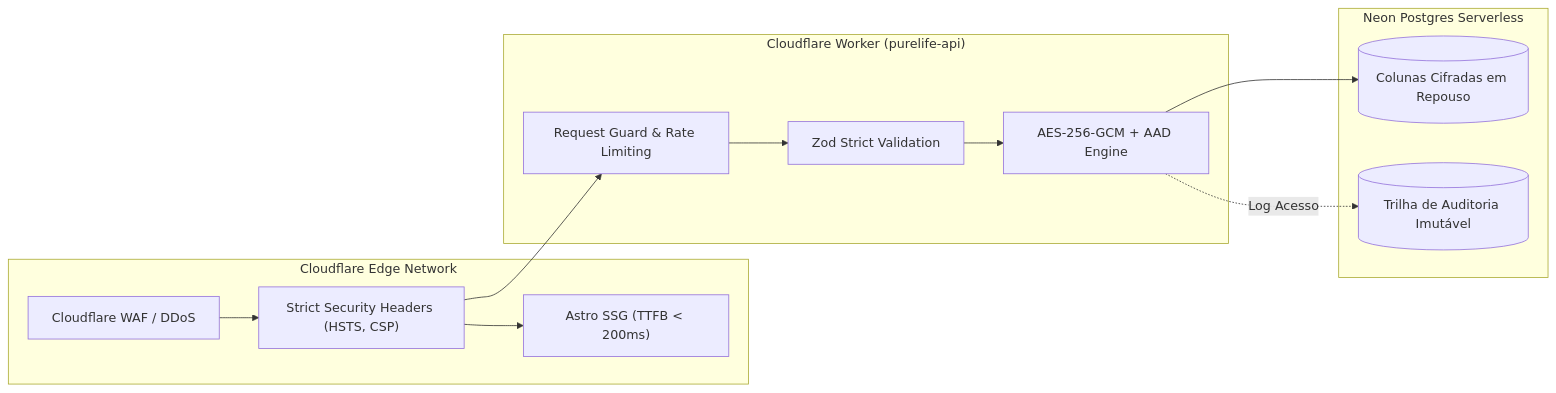
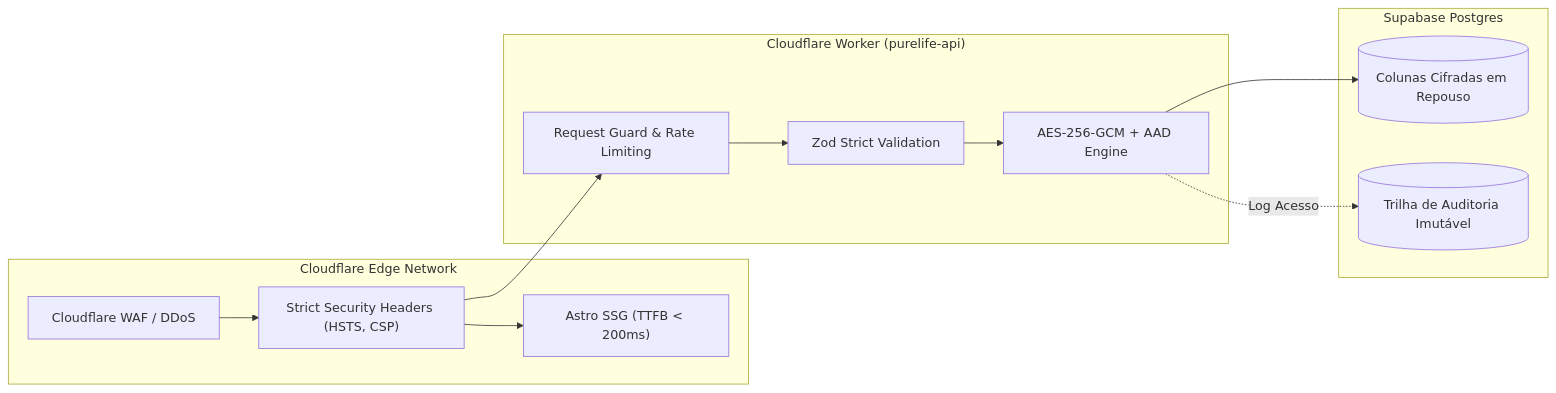
The second of 3 diagrams in docs/requirements/especificacao-requisitos-ecossistema.md (purelifeministriesbrasil/documentation), drawn with Mermaid before and after one commit. The commit also changed other lines of this file and 5 other files, not shown here.

````diff
--- a/docs/requirements/especificacao-requisitos-ecossistema.md
+++ b/docs/requirements/especificacao-requisitos-ecossistema.md
@@ -204,23 +201,23 @@
 ```mermaid
 flowchart LR
     subgraph Borda["Cloudflare Edge Network"]
         WAF["Cloudflare WAF / DDoS"]
         SEC["Strict Security Headers (HSTS, CSP)"]
         Astro["Astro SSG (TTFB < 200ms)"]
     end
 
     subgraph Compute["Cloudflare Worker (purelife-api)"]
         Guard["Request Guard & Rate Limiting"]
         Zod["Zod Strict Validation"]
         CryptoEngine["AES-256-GCM + AAD Engine"]
     end
 
-    subgraph Storage["Neon Postgres Serverless"]
+    subgraph Storage["Supabase Postgres"]
         EncCol[("Colunas Cifradas em Repouso")]
         AuditLog[("Trilha de Auditoria Imutável")]
     end
 
     WAF --> SEC --> Astro
     SEC --> Guard --> Zod --> CryptoEngine --> EncCol
     CryptoEngine -.->|Log Acesso| AuditLog
 ```
````
